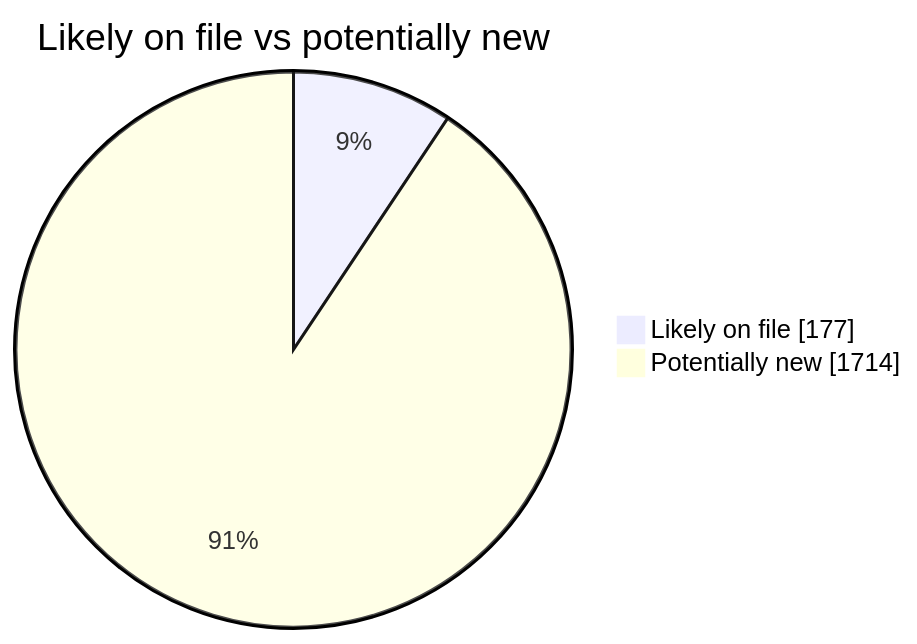
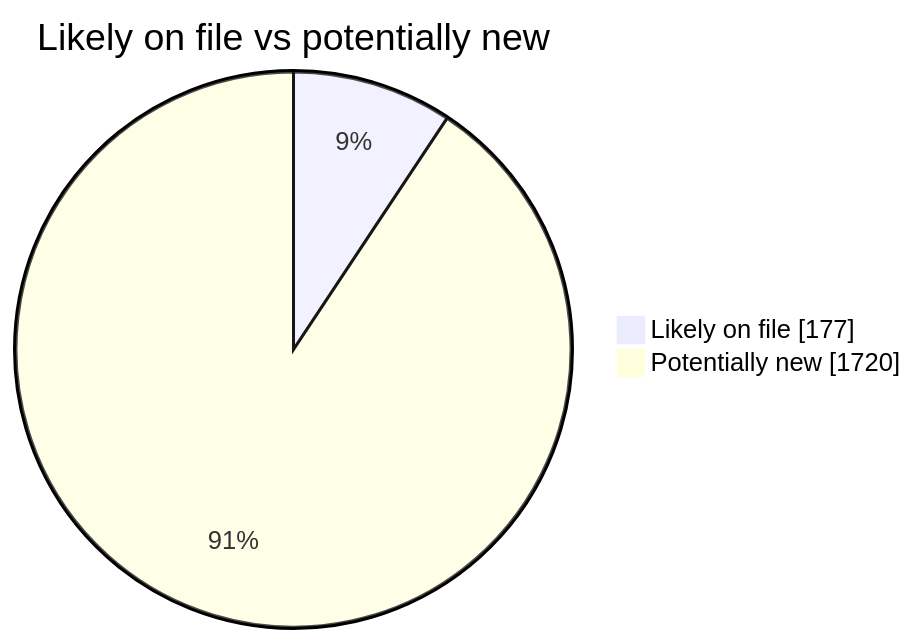
One commit to martinbalfanz/social-scanner-reports changed the second of 4 diagrams in README.md. Above: the diagram before and after it, drawn with Mermaid. The commit also changed other lines of this file and 4 other files, not shown here.

````diff
--- a/README.md
+++ b/README.md
@@ -40,5 +40,5 @@
 ```mermaid
 pie showData title Likely on file vs potentially new
     "Likely on file" : 177
-    "Potentially new" : 1714
+    "Potentially new" : 1720
 ```
````
